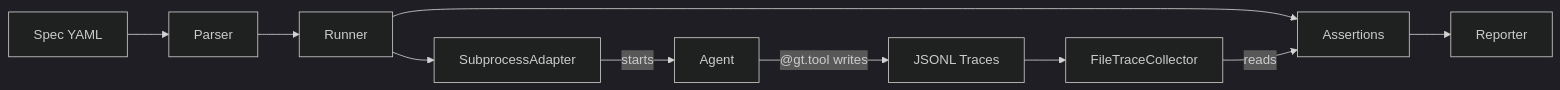
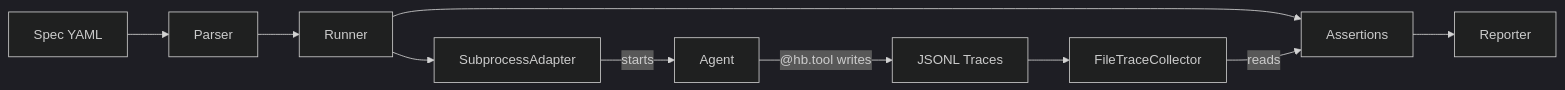
Before and after one commit to vinimlo/highbar: the diagram in site/getting-started/concepts.md, drawn with Mermaid (dark theme). The commit also changed other lines of this file and 88 other files, not shown here.

````diff
--- a/site/getting-started/concepts.md
+++ b/site/getting-started/concepts.md
@@ -127,12 +127,12 @@
 ```mermaid
 graph LR
     A[Spec YAML] --> B[Parser]
     B --> C[Runner]
     C --> D[Assertions]
     D --> E[Reporter]
     C --> F[SubprocessAdapter]
     F -->|starts| G[Agent]
-    G -->|"@gt.tool writes"| H[JSONL Traces]
+    G -->|"@hb.tool writes"| H[JSONL Traces]
     H --> I[FileTraceCollector]
     I -->|reads| D
 ```
````
